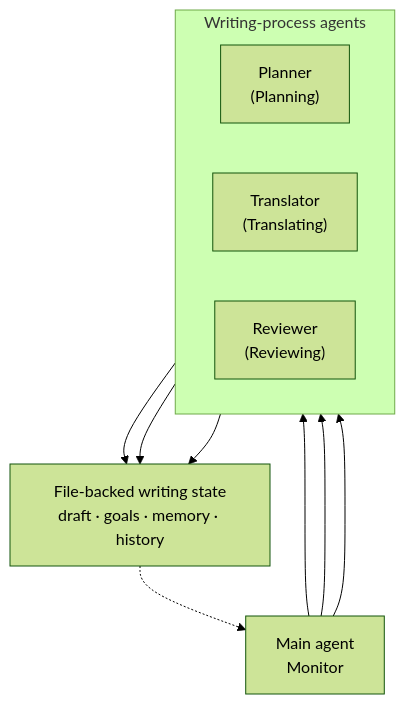
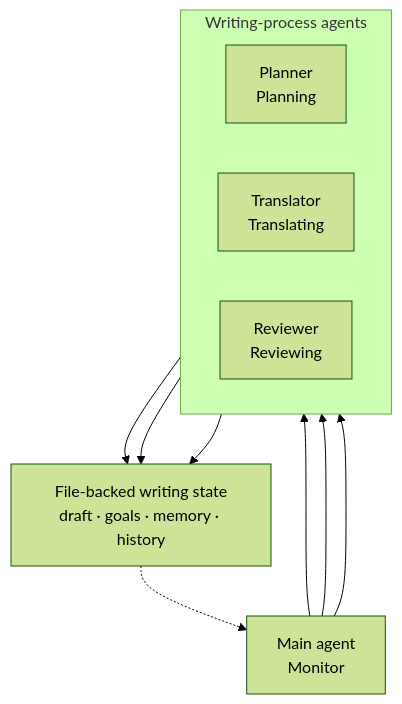
The diagram in docs/index.md (shunk031/agentic-cognitive-writing), drawn with Mermaid (forest theme) before and after one commit.

Commit message:
Clarify implementation/theory labels in diagram

````diff
--- a/docs/index.md
+++ b/docs/index.md
@@ -28,23 +28,23 @@
 ```mermaid
 flowchart TB
     monitor["Main agent<br/>Monitor"]
 
     subgraph agents["Writing-process agents"]
         direction LR
-        planner["Planner<br/>(Planning)"]
-        translator["Translator<br/>(Translating)"]
-        reviewer["Reviewer<br/>(Reviewing)"]
+        planner["Planner<br/>Planning"]
+        translator["Translator<br/>Translating"]
+        reviewer["Reviewer<br/>Reviewing"]
     end
 
     state["File-backed writing state<br/>draft · goals · memory · history"]
 
     monitor --> planner
     monitor --> translator
     monitor --> reviewer
 
     planner --> state
     translator --> state
     reviewer --> state
 
     state -.-> monitor
 ```
````
